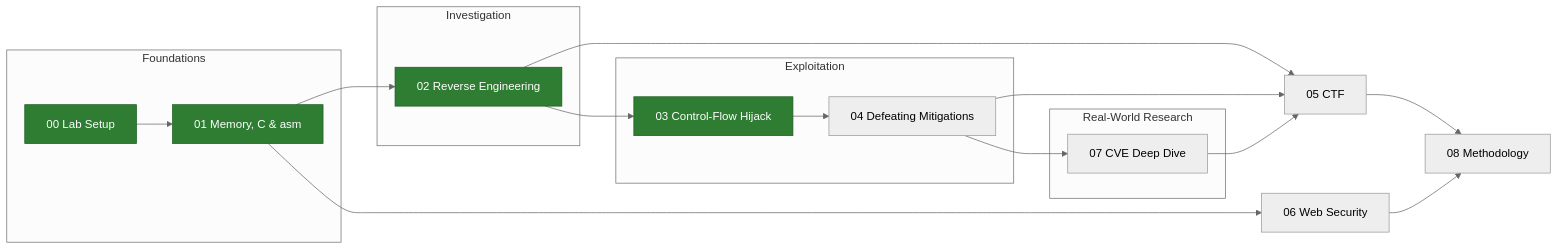
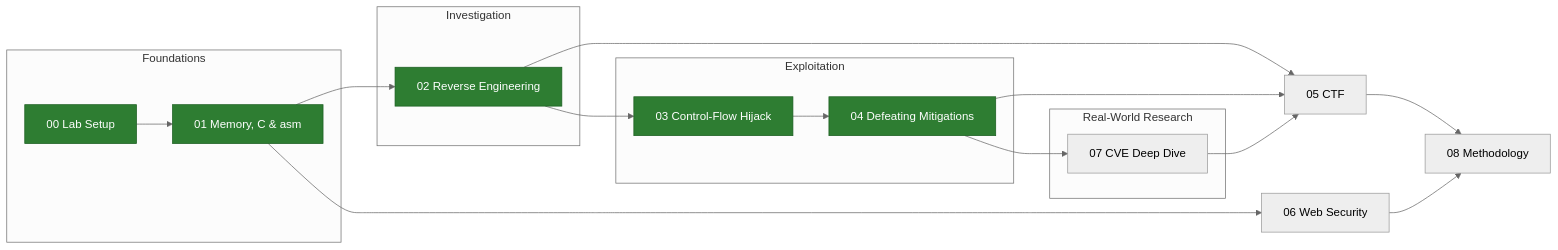
The diagram in README.md (amichaimukades/vr-portfolio), drawn with Mermaid (neutral theme) before and after one commit. The commit also changed other lines of this file, not shown here.

Commit message:
docs(readme): mark stage 04 as done and summarize the module

````diff
--- a/README.md
+++ b/README.md
@@ -25,27 +25,27 @@
 ```mermaid
 flowchart LR
     subgraph F[Foundations]
         S0[00 Lab Setup]
         S1[01 Memory, C & asm]
     end
     subgraph I[Investigation]
         S2[02 Reverse Engineering]
     end
     subgraph E[Exploitation]
         S3[03 Control-Flow Hijack]
         S4[04 Defeating Mitigations]
     end
     subgraph R[Real-World Research]
         S7[07 CVE Deep Dive]
     end
     S0 --> S1 --> S2 --> S3 --> S4 --> S7
     S2 --> S5[05 CTF]
     S4 --> S5
     S7 --> S5
     S1 --> S6[06 Web Security]
     S5 --> S8[08 Methodology]
     S6 --> S8
 
     classDef done fill:#2e7d32,color:#fff,stroke:#1b5e20
-    class S0,S1,S2,S3 done
+    class S0,S1,S2,S3,S4 done
 ```
````
